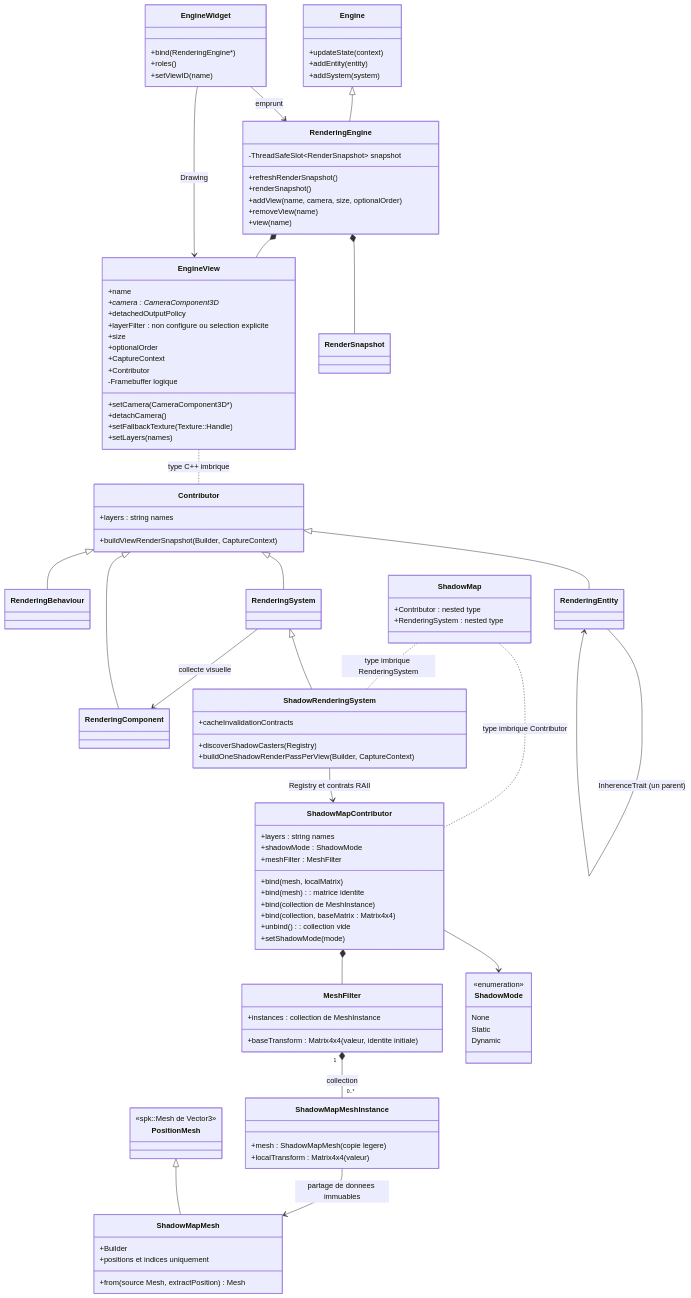
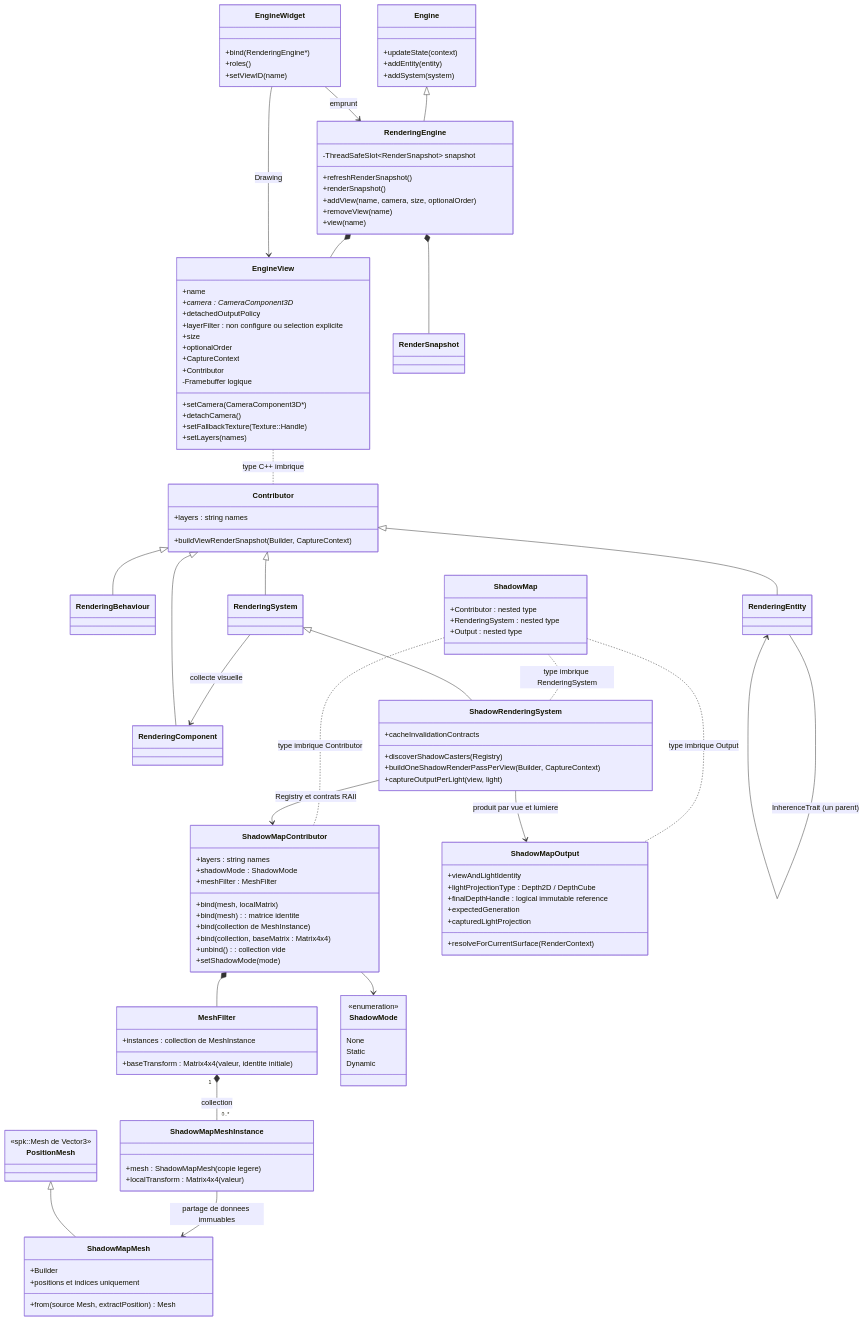
Before and after one commit to EreliaStudio/Sparkle: the seventh of 24 diagrams in docs/voxel-engine-v0.1.4-specification.md, drawn with Mermaid. The commit also changed other lines of this file, not shown here.

Commit message:
docs(v0.1.4): approve A3 typed per-light ShadowMap::Output contract and surface resolution

```diff
--- a/docs/voxel-engine-v0.1.4-specification.md
+++ b/docs/voxel-engine-v0.1.4-specification.md
@@ -669,6 +672,7 @@
   class ShadowMap {
     +Contributor : nested type
     +RenderingSystem : nested type
+    +Output : nested type
   }
   class ShadowMapContributor {
     +layers : string names
@@ -700,7 +704,16 @@
   class ShadowRenderingSystem {
     +discoverShadowCasters(Registry)
     +buildOneShadowRenderPassPerView(Builder, CaptureContext)
+    +captureOutputPerLight(view, light)
     +cacheInvalidationContracts
+  }
+  class ShadowMapOutput {
+    +viewAndLightIdentity
+    +lightProjectionType : Depth2D / DepthCube
+    +finalDepthHandle : logical immutable reference
+    +expectedGeneration
+    +capturedLightProjection
+    +resolveForCurrentSurface(RenderContext)
   }
   class ShadowMode {
     <<enumeration>>
@@ -710,6 +723,8 @@
   }
   ShadowMap .. ShadowMapContributor : type imbrique Contributor
   ShadowMap .. ShadowRenderingSystem : type imbrique RenderingSystem
+  ShadowMap .. ShadowMapOutput : type imbrique Output
+  ShadowRenderingSystem --> ShadowMapOutput : produit par vue et lumiere
   ShadowMapContributor *-- MeshFilter
   MeshFilter "1" *-- "0..*" ShadowMapMeshInstance : collection
   ShadowMapMeshInstance --> ShadowMapMesh : partage de donnees immuables
```
